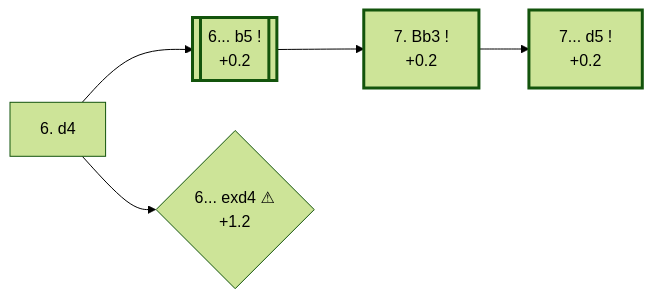
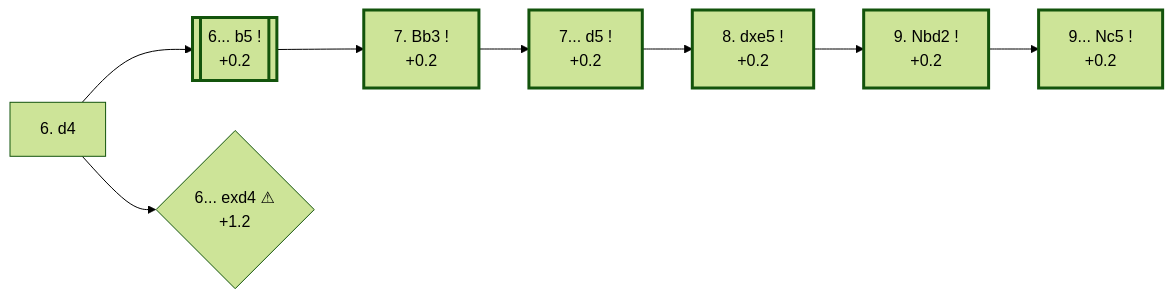
The diagram in e4_openings/C80_Ruy_Lopez_Open_Variation.md (onclemarcel/chess_flashcards), drawn with Mermaid (forest theme) before and after one commit. The commit also changed other lines of this file and 59 other files, not shown here.

````diff
--- a/e4_openings/C80_Ruy_Lopez_Open_Variation.md
+++ b/e4_openings/C80_Ruy_Lopez_Open_Variation.md
@@ -12,18 +12,25 @@
 ```mermaid
 flowchart LR
     classDef main stroke-width:3px;
 
     d4["6. d4"]
     click d4 "#_initial_move_" "C80 · Ruy Lopez: Open"
 
     d4 --> b5[["6... b5 !<br/>+0.2"]]:::main
     click b5 "#_b5_" "C80 · Ruy Lopez: Open"
     d4 --> exd4{"6... exd4 ⚠<br/>+1.2"}
     click exd4 "#_exd4_" "C80 · Ruy Lopez: Open"
 
     b5 --> Bb3["7. Bb3 !<br/>+0.2"]:::main
     click Bb3 "#_Bb3_" "C80 · Ruy Lopez: Open"
 
     Bb3 --> d5["7... d5 !<br/>+0.2"]:::main
     click d5 "#_d5_" "C80 · Ruy Lopez: Open"
+
+    d5 --> dxe5o["8. dxe5 !<br/>+0.2"]:::main
+    click dxe5o "#_dxe5o_" "C80 · Ruy Lopez: Open, Main Line"
+    dxe5o --> Nbd2o["9. Nbd2 !<br/>+0.2"]:::main
+    click Nbd2o "#_Nbd2o_" "C80 · Ruy Lopez: Open, Bernstein Variation"
+    Nbd2o --> Nc5o["9... Nc5 !<br/>+0.2"]:::main
+    click Nc5o "#_Nbd2o_" "C80 · Ruy Lopez: Open, Bernstein Variation"
 ```
````
